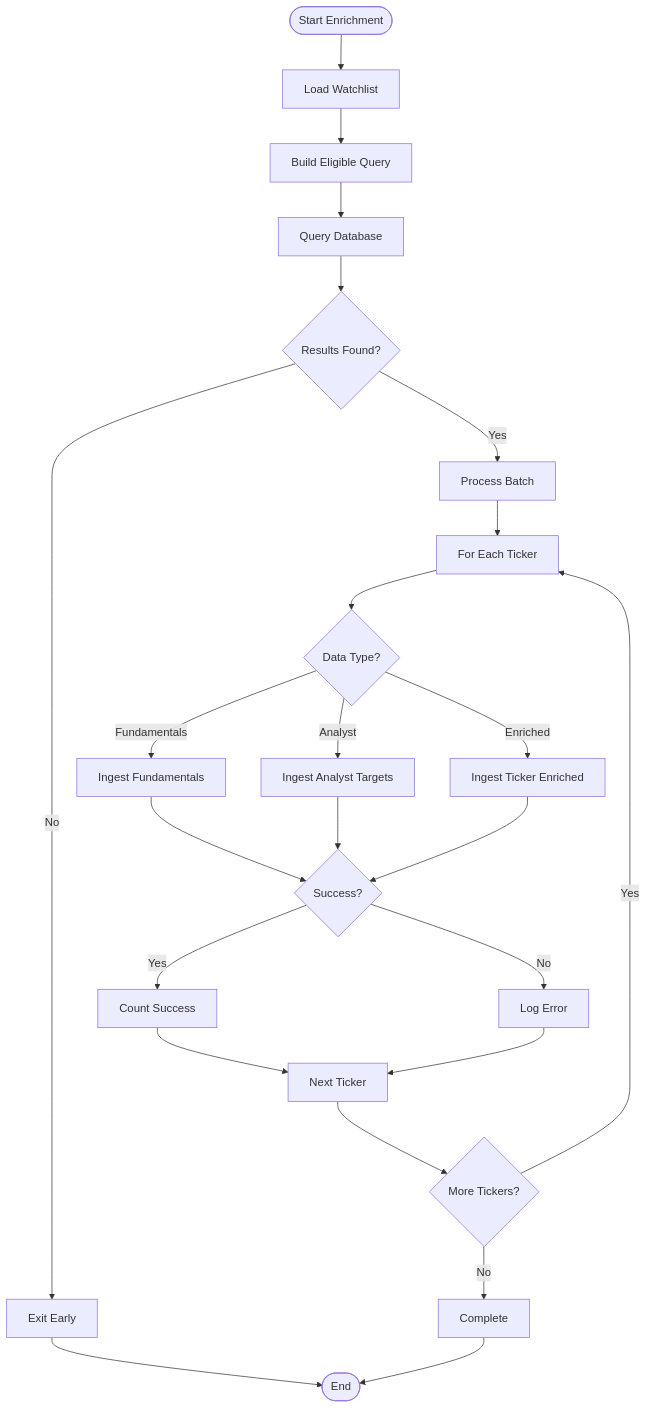
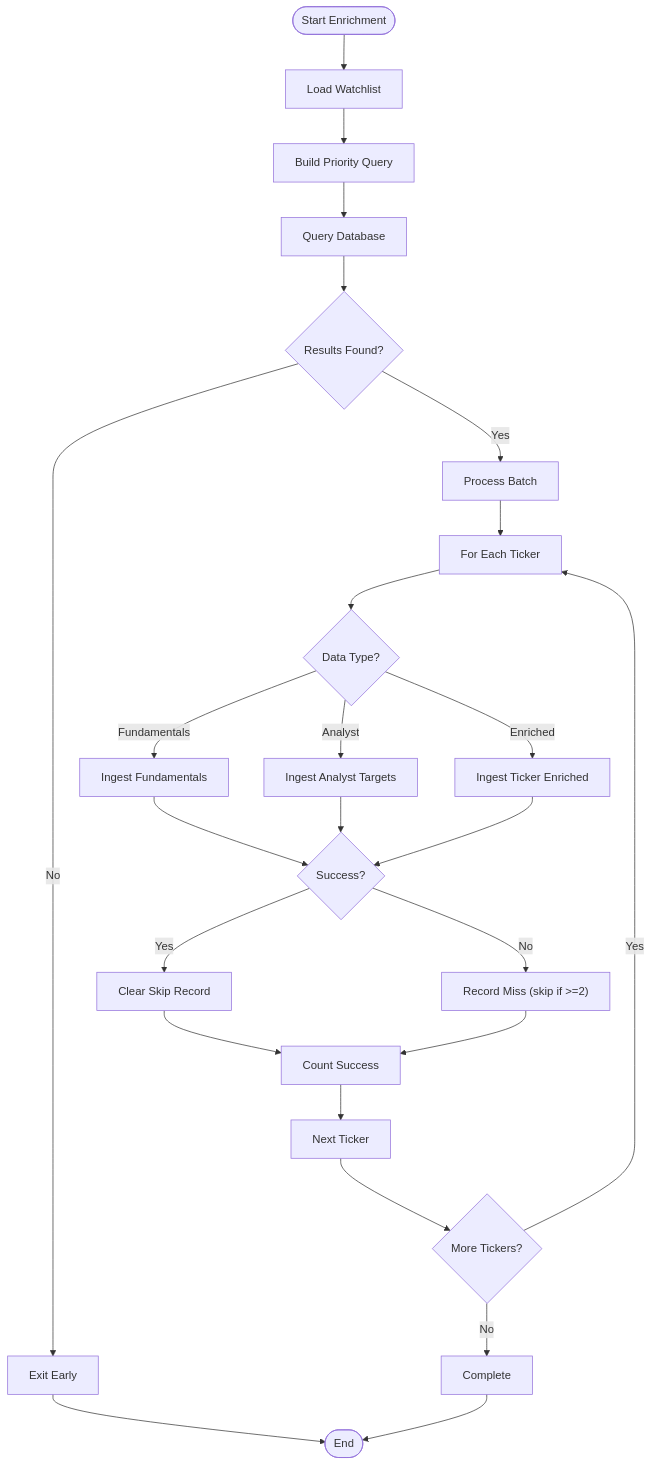
One commit to ZengSeng/telegram-bot changed diagram 11 of 21 in .qoder/repowiki/en/content/Core Components/Data Engineering Module/Data Engineering Module.md. Above: the diagram before and after it, drawn with Mermaid. The commit also changed other lines of this file and 22 other files, not shown here.

````diff
--- a/.qoder/repowiki/en/content/Core Components/Data Engineering Module/Data Engineering Module.md
+++ b/.qoder/repowiki/en/content/Core Components/Data Engineering Module/Data Engineering Module.md
@@ -682,26 +689,27 @@
 ```mermaid
 flowchart TD
 Start(["Start Enrichment"]) --> LoadWatchlist["Load Watchlist"]
-LoadWatchlist --> BuildQuery["Build Eligible Query"]
-BuildQuery --> QueryDB["Query Database"]
+LoadWatchlist --> BuildPriorityQuery["Build Priority Query"]
+BuildPriorityQuery --> QueryDB["Query Database"]
 QueryDB --> CheckResults{"Results Found?"}
 CheckResults --> |No| ExitEarly["Exit Early"]
 CheckResults --> |Yes| ProcessBatch["Process Batch"]
 ProcessBatch --> ForEachTicker["For Each Ticker"]
 ForEachTicker --> DetermineType{"Data Type?"}
 DetermineType --> |Fundamentals| IngestFundamentals["Ingest Fundamentals"]
 DetermineType --> |Analyst| IngestAnalyst["Ingest Analyst Targets"]
 DetermineType --> |Enriched| IngestEnriched["Ingest Ticker Enriched"]
 IngestFundamentals --> SuccessCheck{"Success?"}
 IngestAnalyst --> SuccessCheck
 IngestEnriched --> SuccessCheck
-SuccessCheck --> |Yes| CountSuccess["Count Success"]
-SuccessCheck --> |No| LogError["Log Error"]
+SuccessCheck --> |Yes| ClearMiss["Clear Skip Record"]
+SuccessCheck --> |No| RecordMiss["Record Miss (skip if >=2)"]
+ClearMiss --> CountSuccess["Count Success"]
+RecordMiss --> CountSuccess
 CountSuccess --> NextTicker["Next Ticker"]
-LogError --> NextTicker
 NextTicker --> MoreTickers{"More Tickers?"}
 MoreTickers --> |Yes| ForEachTicker
 MoreTickers --> |No| Complete["Complete"]
 ExitEarly --> End(["End"])
 Complete --> End
 ```
````
